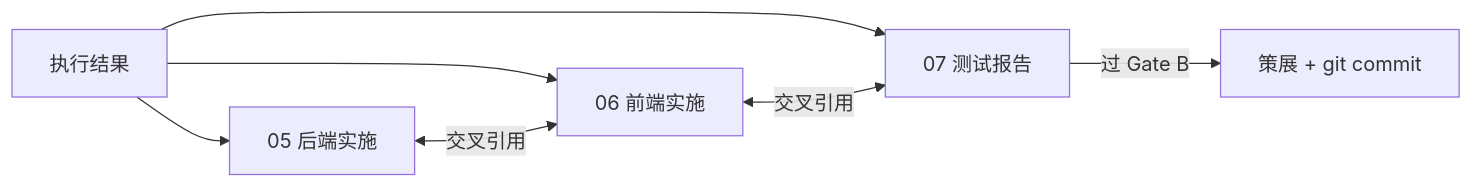
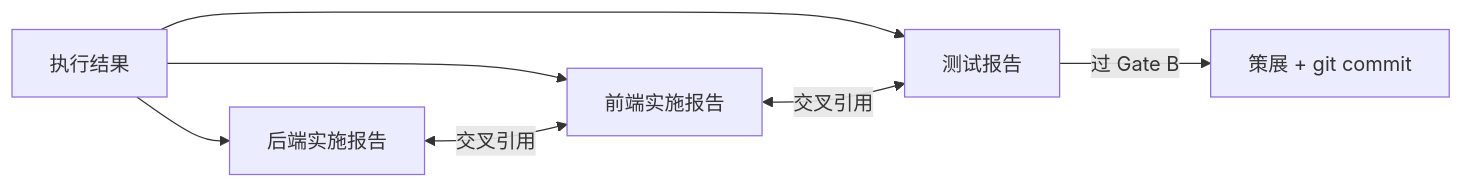
One commit to effiy/YrY changed the diagram in agents/reporter.md. Above: the diagram before and after it, drawn with Mermaid. The commit also changed other lines of this file and 18 other files, not shown here.

````diff
--- a/agents/reporter.md
+++ b/agents/reporter.md
@@ -17,8 +17,8 @@
 ```mermaid
 flowchart LR
-    Run[执行结果] --> R5[05 后端实施]
-    Run --> R6[06 前端实施]
-    Run --> R7[07 测试报告]
-    R5 <-->|交叉引用| R6 <-->|交叉引用| R7
-    R7 -->|过 Gate B| Curate[策展 + git commit]
+    Run[执行结果] --> B[后端实施报告]
+    Run --> F[前端实施报告]
+    Run --> T[测试报告]
+    B <-->|交叉引用| F <-->|交叉引用| T
+    T -->|过 Gate B| Curate[策展 + git commit]
 ```
````
